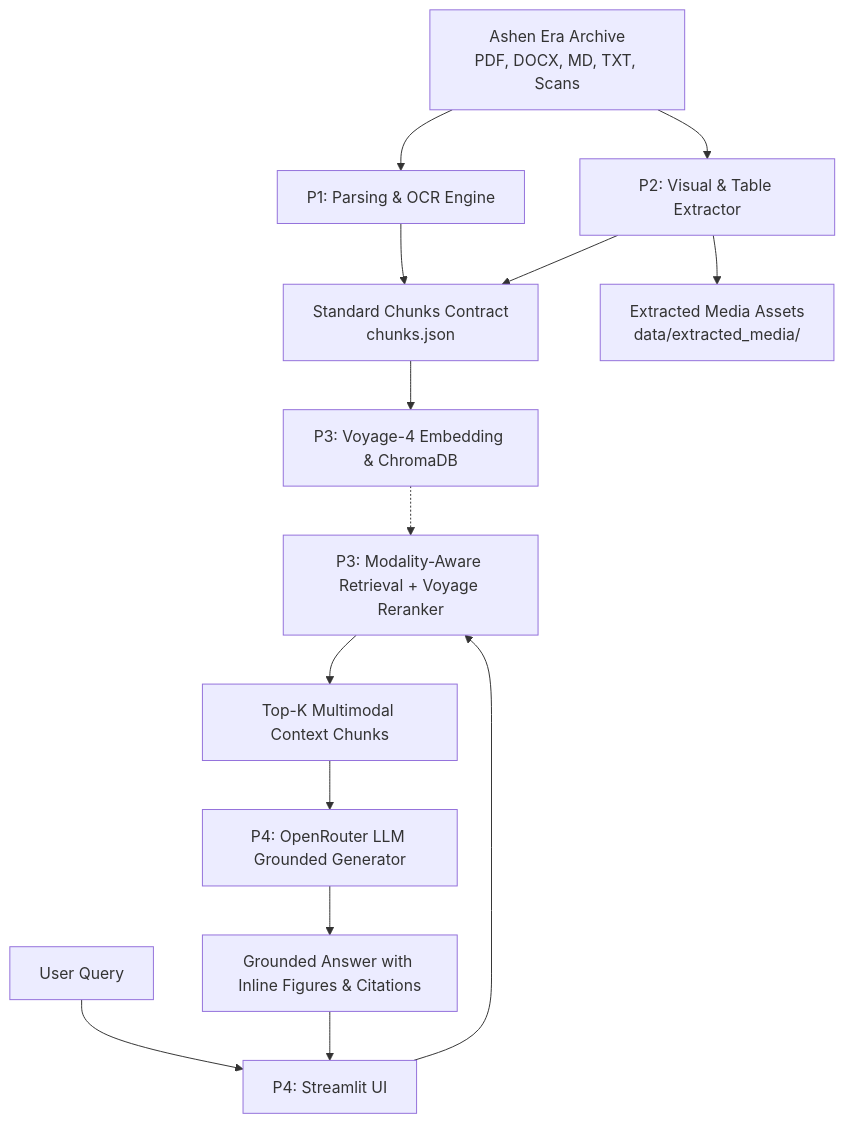
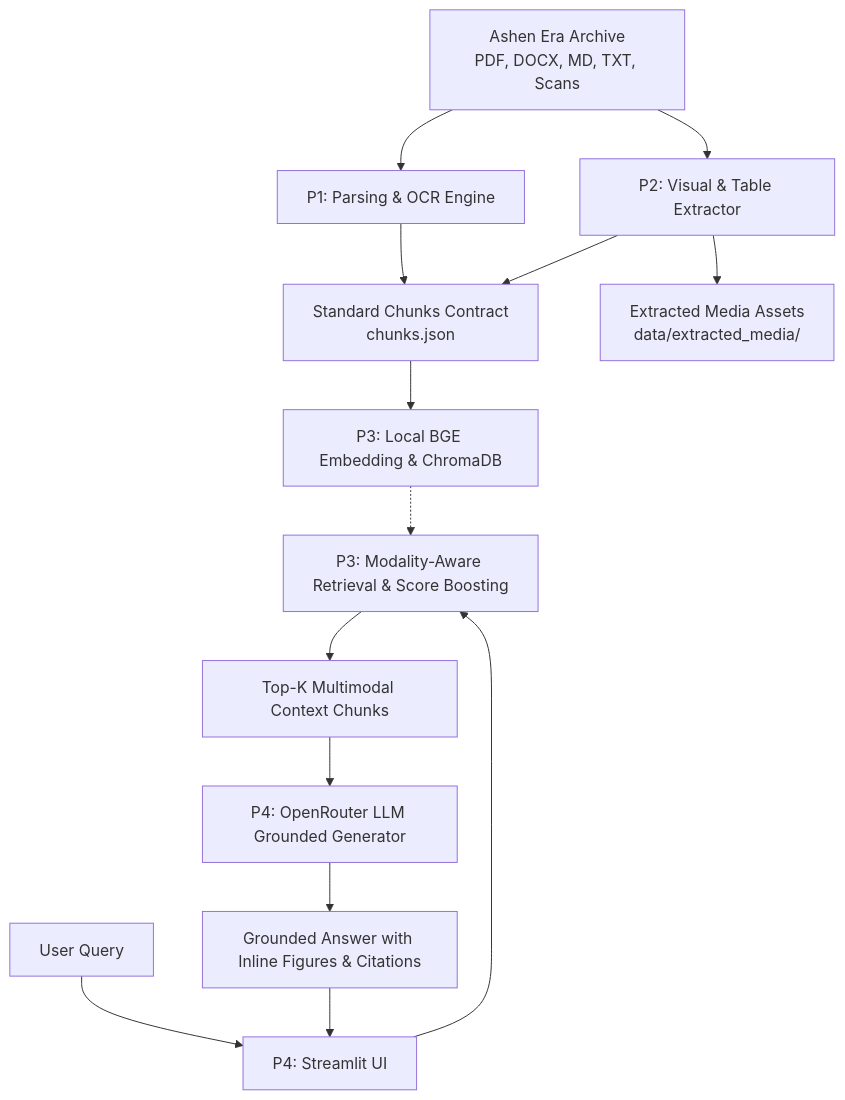
Before and after one commit to IT25101463/DeepThink: the diagram in README.md, drawn with Mermaid. The commit also changed other lines of this file and 10 other files, not shown here.

First line of the commit message:
feat(retrieval): finalize 100% free local BGE embedding stack with zero API dependencies

````diff
--- a/README.md
+++ b/README.md
@@ -40,20 +40,20 @@
 ```mermaid
 graph TD
     A[Ashen Era Archive<br/>PDF, DOCX, MD, TXT, Scans] --> B1[P1: Parsing & OCR Engine]
     A --> B2[P2: Visual & Table Extractor]
     B1 --> C[Standard Chunks Contract<br/>chunks.json]
     B2 --> C
     B2 --> D[Extracted Media Assets<br/>data/extracted_media/]
     
-    C --> E[P3: Voyage-4 Embedding & ChromaDB]
+    C --> E[P3: Local BGE Embedding & ChromaDB]
     
     F[User Query] --> G[P4: Streamlit UI]
-    G --> H[P3: Modality-Aware Retrieval + Voyage Reranker]
+    G --> H[P3: Modality-Aware Retrieval & Score Boosting]
     E -.-> H
     
     H --> I[Top-K Multimodal Context Chunks]
     I --> J[P4: OpenRouter LLM Grounded Generator]
     
     J --> K[Grounded Answer with Inline Figures & Citations]
     K --> G
 ```
````
